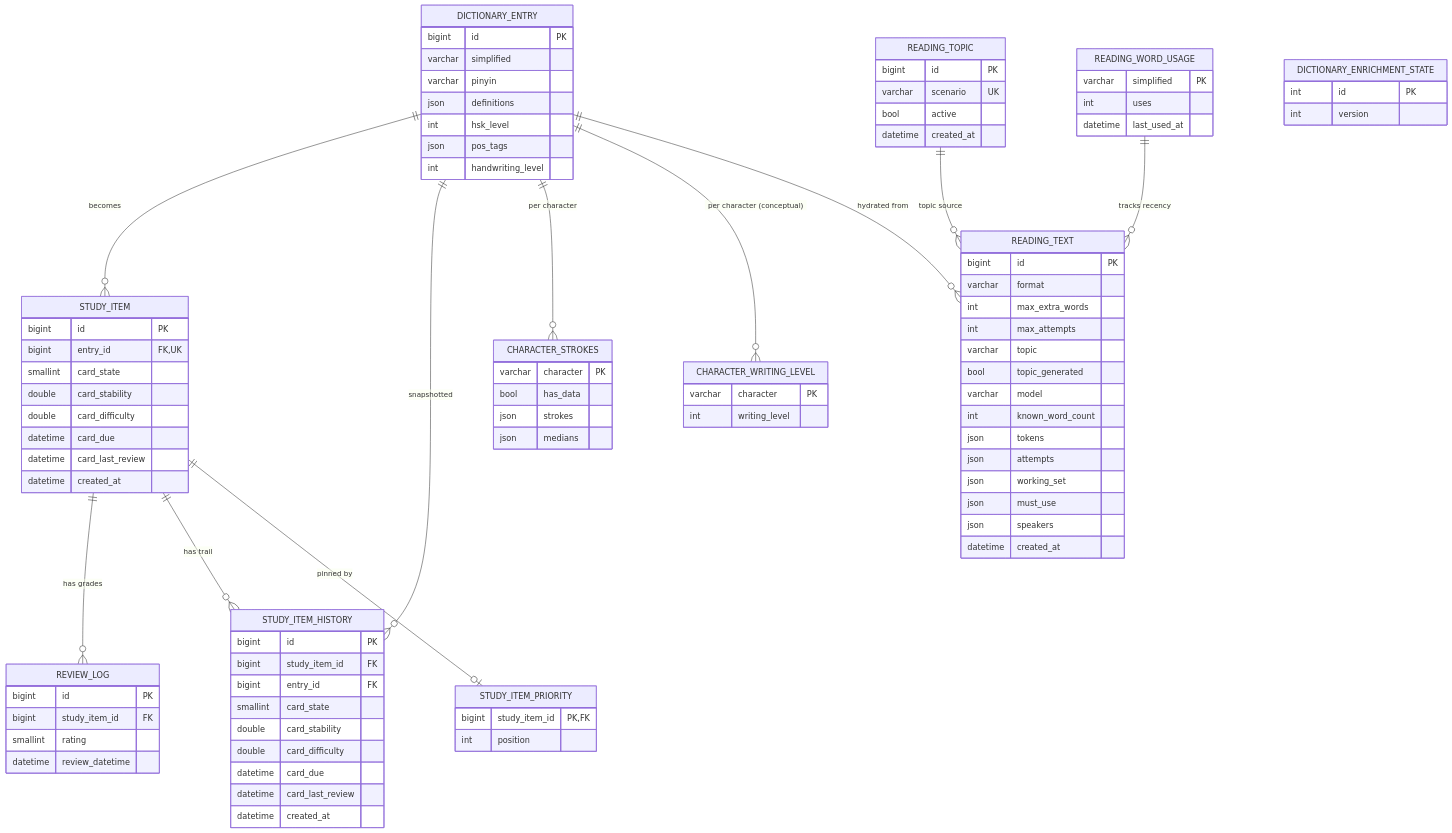
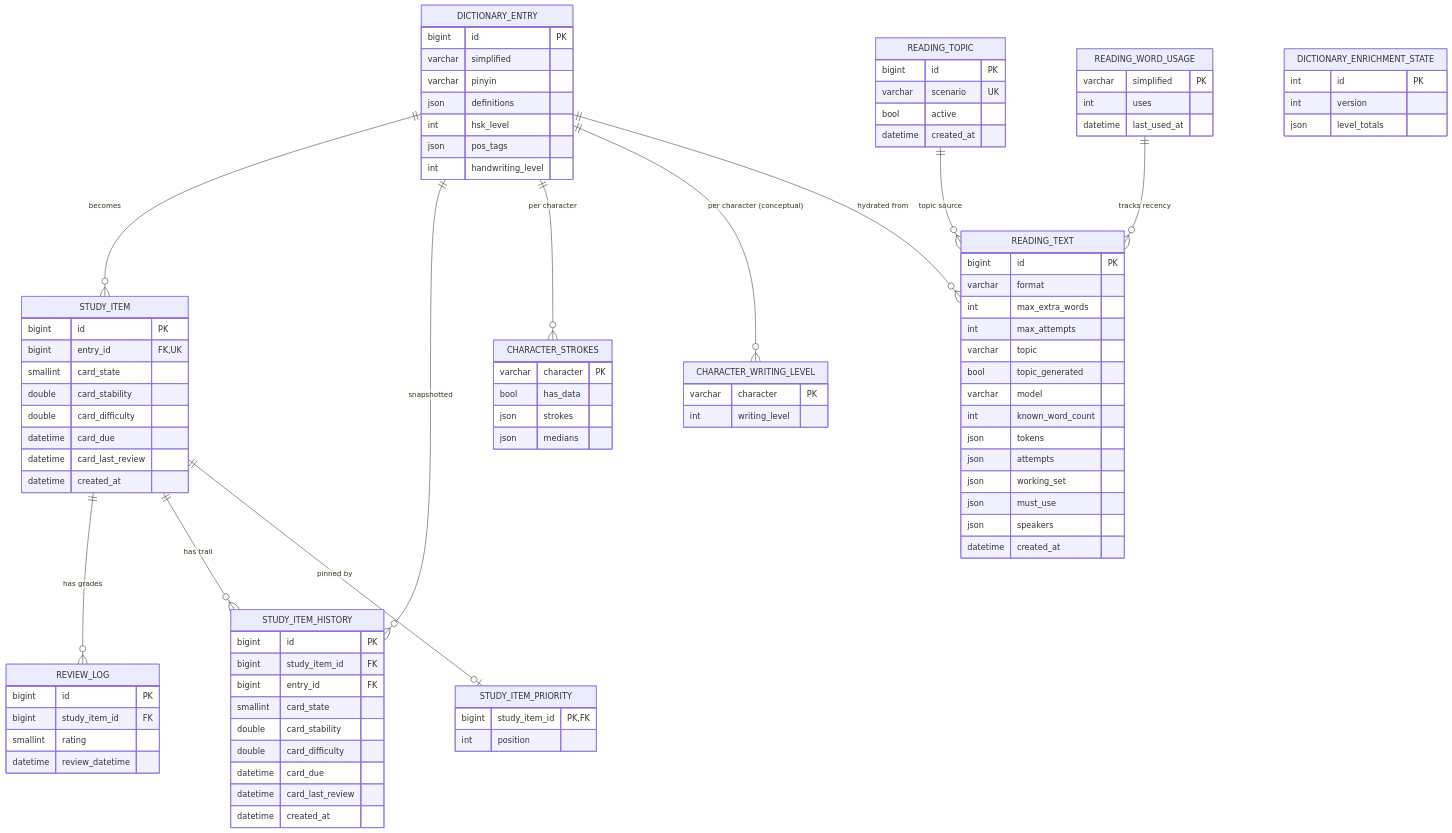
Before and after one commit to luiznaac/shougong: the first of 2 diagrams in docs/03-data-model.md, drawn with Mermaid. The commit also changed other lines of this file and 29 other files, not shown here.

```diff
--- a/docs/03-data-model.md
+++ b/docs/03-data-model.md
@@ -31,6 +31,7 @@
     DICTIONARY_ENRICHMENT_STATE {
         int id PK
         int version
+        json level_totals
     }
     CHARACTER_STROKES {
         varchar character PK
```
